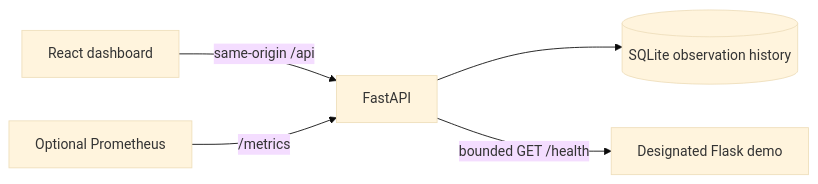
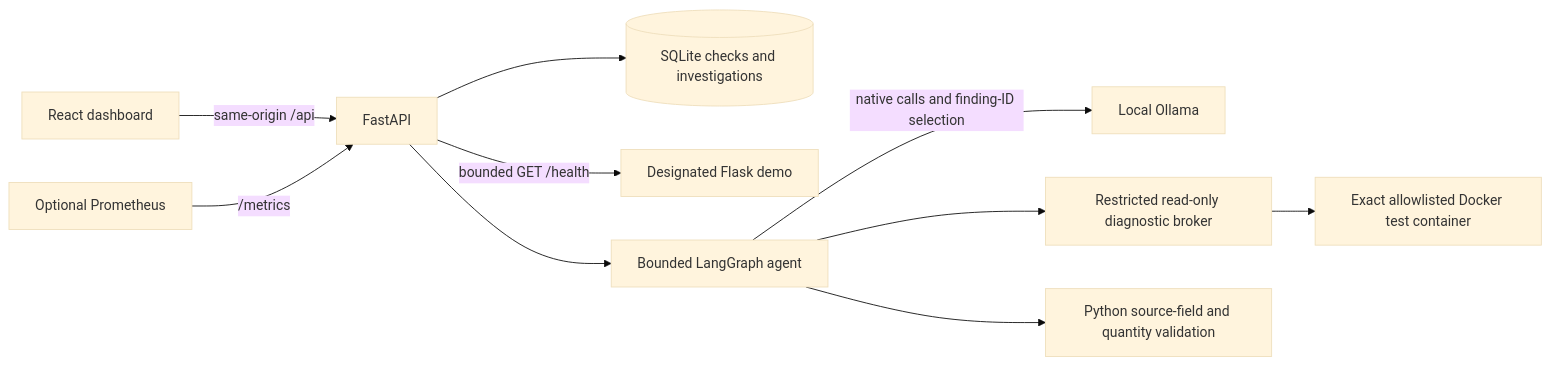
Before and after one commit to paramjeetkaur04/FailureVerse-AI: the diagram in README.md, drawn with Mermaid (base theme). The commit also changed other lines of this file and 6 other files, not shown here.

````diff
--- a/README.md
+++ b/README.md
@@ -29,7 +43,12 @@
 ```mermaid
 flowchart LR
   Browser[React dashboard] -->|same-origin /api| API[FastAPI]
-  API --> DB[(SQLite observation history)]
+  API --> DB[(SQLite checks and investigations)]
   API -->|bounded GET /health| Flask[Designated Flask demo]
+  API --> Graph[Bounded LangGraph agent]
+  Graph -->|native calls and finding-ID selection| Ollama[Local Ollama]
+  Graph --> Broker[Restricted read-only diagnostic broker]
+  Broker --> Docker[Exact allowlisted Docker test container]
+  Graph --> Validation[Python source-field and quantity validation]
   Prometheus[Optional Prometheus] -->|/metrics| API
 ```
````
